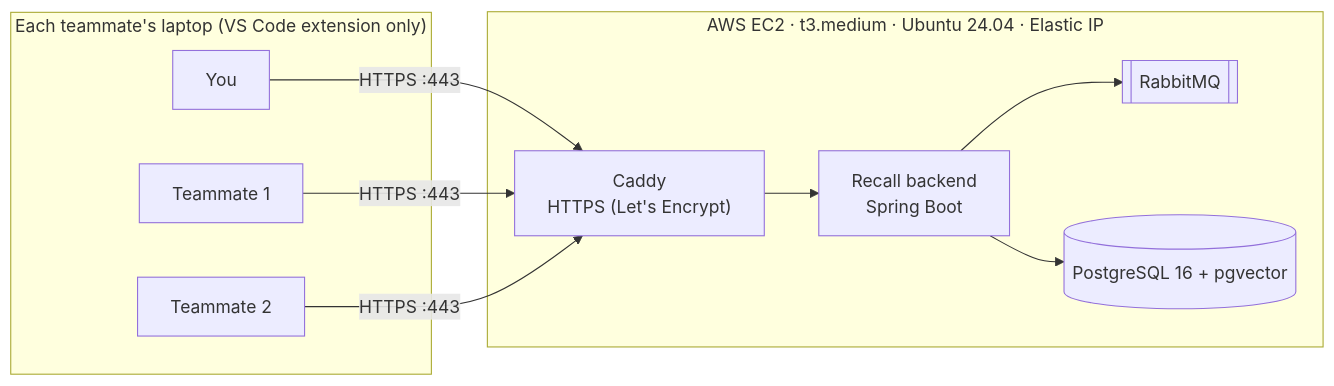
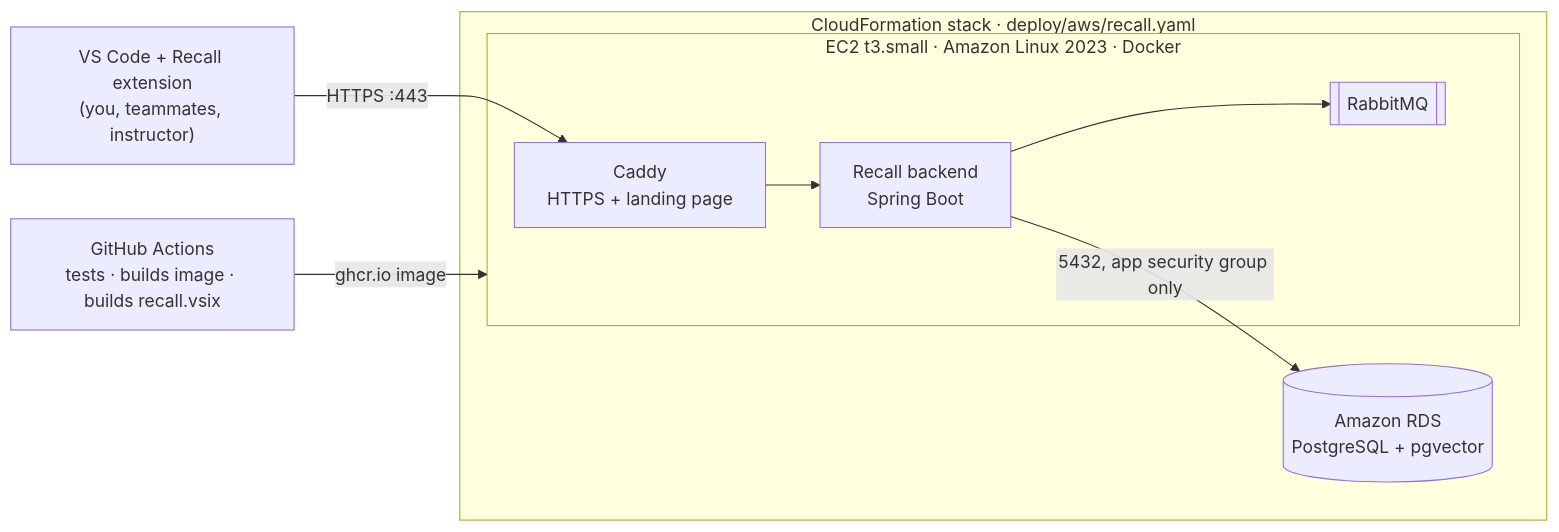
One commit to bhargavchetanya/Recall-cloud- changed the diagram in docs/DEPLOY_AWS.md. Above: the diagram before and after it, drawn with Mermaid. The commit also changed other lines of this file and 16 other files, not shown here.

First line of the commit message:
One-click AWS Academy sandbox deployment with CloudFormation

````diff
--- a/docs/DEPLOY_AWS.md
+++ b/docs/DEPLOY_AWS.md
@@ -5,14 +7,12 @@
 ```mermaid
 flowchart LR
-    subgraph laptops["Each teammate's laptop (VS Code extension only)"]
-        a["You"]
-        b["Teammate 1"]
-        c["Teammate 2"]
+    gh["GitHub Actions<br/>tests · builds image · builds recall.vsix"] -- "ghcr.io image" --> ec2
+    vsc["VS Code + Recall extension<br/>(you, teammates, instructor)"] -- "HTTPS :443" --> caddy
+    subgraph cfn["CloudFormation stack  ·  deploy/aws/recall.yaml"]
+        subgraph ec2["EC2 t3.small · Amazon Linux 2023 · Docker"]
+            caddy["Caddy<br/>HTTPS + landing page"] --> api["Recall backend<br/>Spring Boot"]
+            api --> mq[["RabbitMQ"]]
+        end
+        api -- "5432, app security group only" --> rds[("Amazon RDS<br/>PostgreSQL + pgvector")]
     end
-    subgraph ec2["AWS EC2 · t3.medium · Ubuntu 24.04 · Elastic IP"]
-        caddy["Caddy<br/>HTTPS (Let's Encrypt)"] --> api["Recall backend<br/>Spring Boot"]
-        api --> mq[["RabbitMQ"]]
-        api --> db[("PostgreSQL 16 + pgvector")]
-    end
-    a & b & c -- "HTTPS :443" --> caddy
 ```
````
